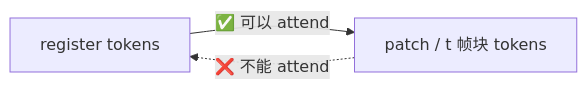
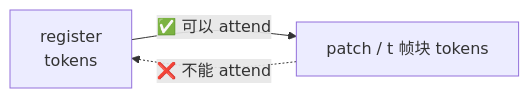
The fourth of 5 diagrams in management/docs/action-model-design.md (gongshangzheng/pet-action-recognition), drawn with Mermaid before and after one commit. The commit also changed other lines of this file and 2 other files, not shown here.

Commit message:
docs: 术语纠正（TIV→身份潜变量、TV→行为素）+ Mermaid 标签主动换行（长标签加 <br/>，skill 写入「每行 ≤14 字」规则）

````diff
--- a/management/docs/action-model-design.md
+++ b/management/docs/action-model-design.md
@@ -254,5 +254,5 @@
 ```mermaid
 flowchart LR
-    RG["register tokens"] -->|"✅ 可以 attend"| PT["patch / t 帧块 tokens"]
+    RG["register<br/>tokens"] -->|"✅ 可以 attend"| PT["patch / t 帧块 tokens"]
     PT -.->|"❌ 不能 attend"| RG
 ```
````
